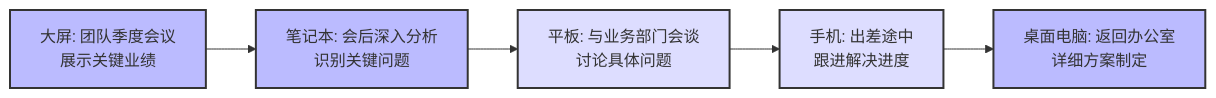
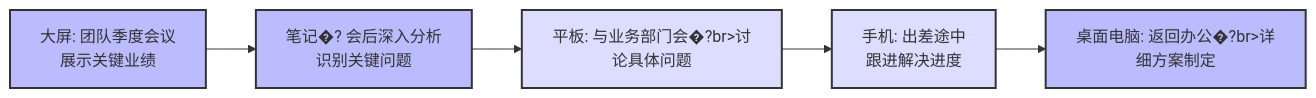
Before and after one commit to amcoimg/my-digital-garden: the first of 6 diagrams in src/site/notes/知识共享/001_财务/02_财务BI看板项目/看板架构设计/整体架构规划/多端适配策略.md, drawn with Mermaid. The commit also changed other lines of this file and 16 other files, not shown here.

````diff
--- a/src/site/notes/知识共享/001_财务/02_财务BI看板项目/看板架构设计/整体架构规划/多端适配策略.md
+++ b/src/site/notes/知识共享/001_财务/02_财务BI看板项目/看板架构设计/整体架构规划/多端适配策略.md
@@ -40,13 +40,13 @@
 ```mermaid
 graph LR
-    A[大屏: 团队季度会议<br>展示关键业绩] --> B[笔记本: 会后深入分析<br>识别关键问题]
-    B --> C[平板: 与业务部门会谈<br>讨论具体问题]
+    A[大屏: 团队季度会议<br>展示关键业绩] --> B[笔记�? 会后深入分析<br>识别关键问题]
+    B --> C[平板: 与业务部门会�?br>讨论具体问题]
     C --> D[手机: 出差途中<br>跟进解决进度]
-    D --> E[桌面电脑: 返回办公室<br>详细方案制定]
+    D --> E[桌面电脑: 返回办公�?br>详细方案制定]
     
     style A fill:#bbf,stroke:#333,stroke-width:2px
     style B fill:#bbf,stroke:#333,stroke-width:2px
     style C fill:#ddf,stroke:#333,stroke-width:2px
     style D fill:#ddf,stroke:#333,stroke-width:2px
     style E fill:#bbf,stroke:#333,stroke-width:2px
 ```
````
